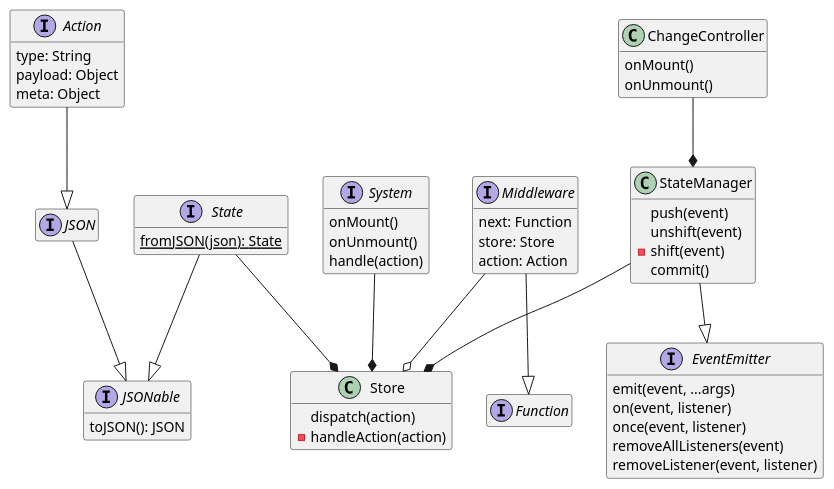
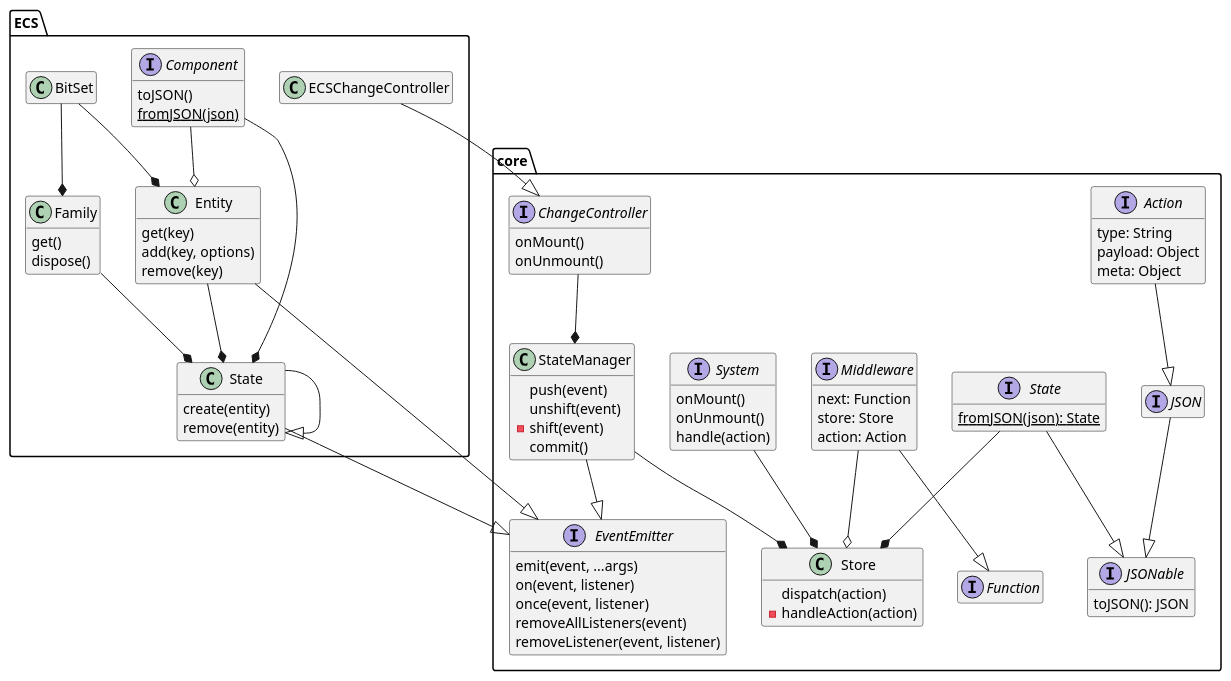
The diagram in doc/class.puml (yoo2001818/ecsalator), drawn with PlantUML before and after one commit. The commit also changed 1 other file, not shown here.

Commit message:
Add ECS part

```diff
--- a/doc/class.puml
+++ b/doc/class.puml
@@ -1,71 +1,115 @@
 @startuml
 
 hide empty fields
 hide empty methods
 
-interface Action {
-  type: String
-  payload: Object
-  meta: Object
+package core {
+
+  interface Action {
+    type: String
+    payload: Object
+    meta: Object
+  }
+
+  interface JSON
+  interface JSONable {
+    toJSON(): JSON
+  }
+  Action --|> JSON
+  JSON --|> JSONable
+
+  interface Function {
+  }
+
+  interface EventEmitter {
+    emit(event, ...args)
+    on(event, listener)
+    once(event, listener)
+    removeAllListeners(event)
+    removeListener(event, listener)
+  }
+
+  interface Middleware {
+    next: Function
+    store: Store
+    action: Action
+  }
+  Middleware --|> Function
+
+  interface System {
+    onMount()
+    onUnmount()
+    handle(action)
+  }
+
+  class StateManager {
+    push(event)
+    unshift(event)
+    -shift(event)
+    commit()
+  }
+  StateManager --|> EventEmitter
+
+  interface ChangeController {
+    onMount()
+    onUnmount()
+  }
+  ChangeController --* StateManager
+
+  interface State {
+    {static} fromJSON(json): State
+  }
+  State --|> JSONable
+
+  class Store {
+    dispatch(action)
+    -handleAction(action)
+  }
+  Middleware --o Store
+  StateManager --* Store
+  System --* Store
+  State --* Store
+
 }
 
-interface JSON
-interface JSONable {
-  toJSON(): JSON
-}
-Action --|> JSON
-JSON --|> JSONable
+package ECS {
+  class ECS.State {
+    create(entity)
+    remove(entity)
+  }
+  ECS.State ---|> State
+  ECS.State --|> EventEmitter
 
-interface Function {
+  interface Component {
+    toJSON()
+    {static} fromJSON(json)
+  }
+  Component --* ECS.State
+
+  class BitSet {
+  }
+
+  class Entity {
+    get(key)
+    add(key, options)
+    remove(key)
+  }
+  Entity --* ECS.State
+  Component --o Entity
+  Entity --|> EventEmitter
+  BitSet --* Entity
+
+  class Family {
+    get()
+    dispose()
+  }
+  Family --* ECS.State
+  BitSet --* Family
+
+  class ECSChangeController {
+  }
+  ECSChangeController --|> ChangeController
+
 }
 
-interface EventEmitter {
-  emit(event, ...args)
-  on(event, listener)
-  once(event, listener)
-  removeAllListeners(event)
-  removeListener(event, listener)
-}
-
-interface Middleware {
-  next: Function
-  store: Store
-  action: Action
-}
-Middleware --|> Function
-
-interface System {
-  onMount()
-  onUnmount()
-  handle(action)
-}
-
-class StateManager {
-  push(event)
-  unshift(event)
-  -shift(event)
-  commit()
-}
-StateManager --|> EventEmitter
-
-class ChangeController {
-  onMount()
-  onUnmount()
-}
-ChangeController --* StateManager
-
-interface State {
-  {static} fromJSON(json): State
-}
-State --|> JSONable
-
-class Store {
-  dispatch(action)
-  -handleAction(action)
-}
-Middleware --o Store
-StateManager --* Store
-System --* Store
-State --* Store
-
 @enduml
```
